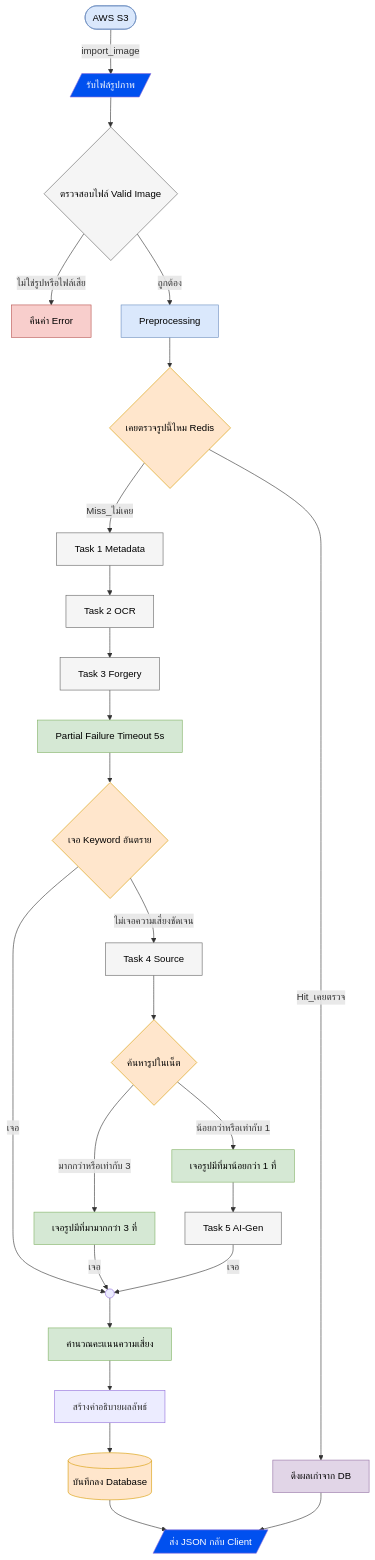
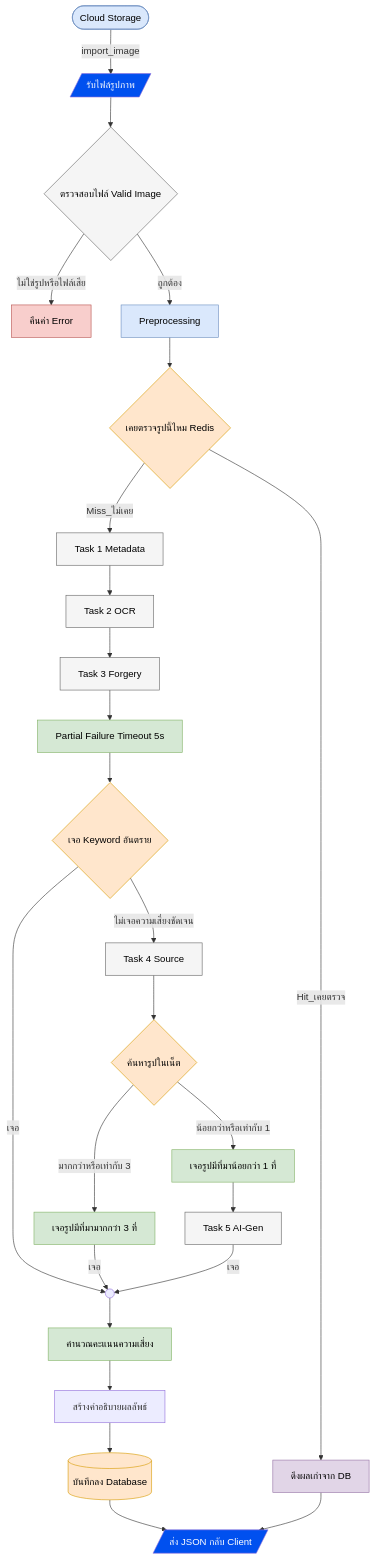
One commit to Panuwat-ta/project changed the second of 2 diagrams in doc/flowchart.md. Above: the diagram before and after it, drawn with Mermaid. The commit also changed other lines of this file and 7 other files, not shown here.

Commit message:
Refactor storage references from AWS S3 to Cloud Storage across documentation and task tracking files; update task descriptions for AI model training and OCR module development.

````diff
--- a/doc/flowchart.md
+++ b/doc/flowchart.md
@@ -63,67 +63,67 @@
 ```mermaid
 graph TD
     %% Source & Initial Validation
-    S3([AWS S3]) -- import_image --> Receive[/รับไฟล์รูปภาพ/]
+    S3([Cloud Storage]) -- import_image --> Receive[/รับไฟล์รูปภาพ/]
     Receive --> NodeValidate{ตรวจสอบไฟล์ Valid Image}
     
     NodeValidate -- ไม่ใช่รูปหรือไฟล์เสีย --> Reject[คืนค่า Error]
     NodeValidate -- ถูกต้อง --> Preprocess[Preprocessing]
 
     %% Cache Mechanism
     Preprocess --> NodeCache{เคยตรวจรูปนี้ไหม Redis}
     NodeCache -- Hit_เคยตรวจ --> RetCache[ดึงผลเก่าจาก DB]
     
     %% Processing Tasks (ส่วนที่เป็นข้อความสีดำบนพื้นเทา)
     NodeCache -- Miss_ไม่เคย --> Task1[Task 1 Metadata]
     Task1 --> Task2[Task 2 OCR]
     Task2 --> Task3[Task 3 Forgery]
     
     %% Error Handling & Logic Branching
     Task3 --> PartialFail[Partial Failure Timeout 5s]
     PartialFail --> NodeKeyword{เจอ Keyword อันตราย}
     
     NodeKeyword -- ไม่เจอความเสี่ยงชัดเจน --> Task4[Task 4 Source]
     Task4 --> NodeSearch{ค้นหารูปในเน็ต}
     
     NodeSearch -- มากกว่าหรือเท่ากับ 3 --> SourceHigh[เจอรูปมีที่มามากกว่า 3 ที่]
     NodeSearch -- น้อยกว่าหรือเท่ากับ 1 --> SourceLow[เจอรูปมีที่มาน้อยกว่า 1 ที่]
     
     SourceLow --> Task5[Task 5 AI-Gen]
     
     %% Aggregation Point (Collector)
     Collector(( ))
     NodeKeyword -- เจอ --> Collector
     SourceHigh -- เจอ --> Collector
     Task5 -- เจอ --> Collector
     
     %% Final Calculation & Storage
     Collector --> Calc[คำนวณคะแนนความเสี่ยง]
     Calc --> Gen[สร้างคำอธิบายผลลัพธ์]
     Gen --> DB[(บันทึกลง Database)]
     
     %% Output
     DB --> Output[/ส่ง JSON กลับ Client/]
     RetCache --> Output
 
     %% Styling (กำหนดสีข้อความเป็นสีดำด้วย color:#000)
     style S3 fill:#dae8fc,stroke:#6c8ebf,color:#000
     style Receive fill:#0050ef,color:#fff
     style NodeValidate fill:#f5f5f5,stroke:#666,color:#000
     style Reject fill:#f8cecc,stroke:#b85450,color:#000
     style Preprocess fill:#dae8fc,stroke:#6c8ebf,color:#000
     style NodeCache fill:#ffe6cc,stroke:#d79b00,color:#000
     style RetCache fill:#e1d5e7,stroke:#9673a6,color:#000
     style Task1 fill:#f5f5f5,stroke:#666,color:#000
     style Task2 fill:#f5f5f5,stroke:#666,color:#000
     style Task3 fill:#f5f5f5,stroke:#666,color:#000
     style Task4 fill:#f5f5f5,stroke:#666,color:#000
     style Task5 fill:#f5f5f5,stroke:#666,color:#000
     style PartialFail fill:#d5e8d4,stroke:#82b366,color:#000
     style NodeKeyword fill:#ffe6cc,stroke:#d79b00,color:#000
     style NodeSearch fill:#ffe6cc,stroke:#d79b00,color:#000
     style SourceHigh fill:#d5e8d4,stroke:#82b366,color:#000
     style SourceLow fill:#d5e8d4,stroke:#82b366,color:#000
     style Calc fill:#d5e8d4,stroke:#82b366,color:#000
     style DB fill:#ffe6cc,stroke:#d79b00,color:#000
     style Output fill:#0050ef,color:#fff
 ```
````
